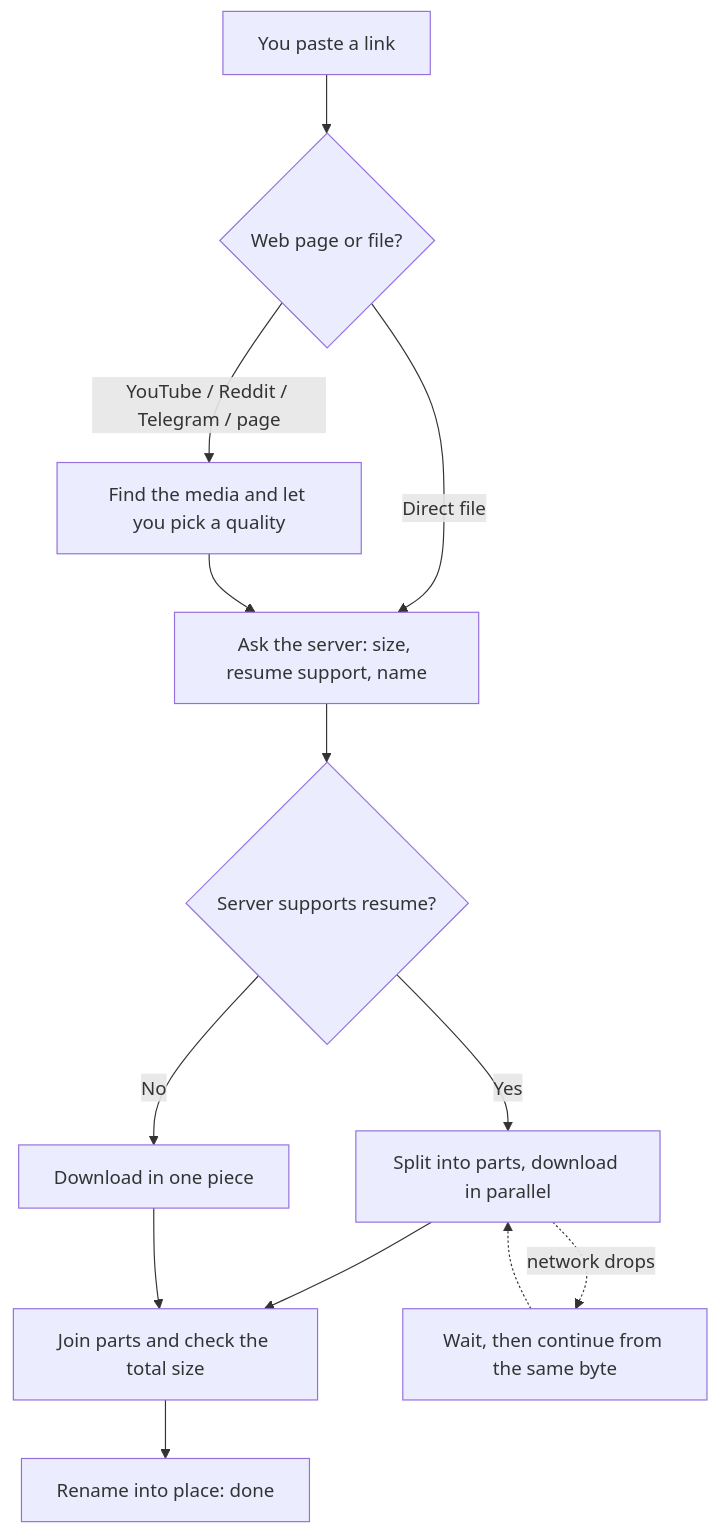
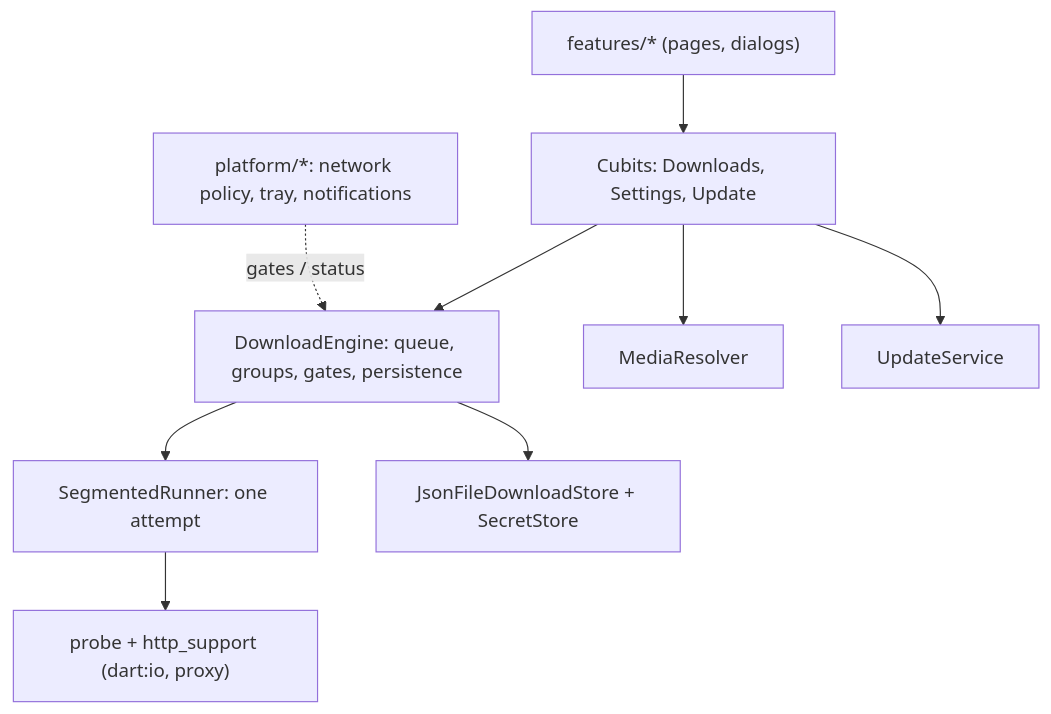
Before and after one commit to ghaderi0x/ZapDL: the diagram in README.md, drawn with Mermaid. The commit also changed other lines of this file, not shown here.

````diff
--- a/README.md
+++ b/README.md
@@ -55,15 +144,11 @@
 ```mermaid
 flowchart TD
-    A["You paste a link"] --> B{"Web page or file?"}
-    B -- "YouTube / Reddit / Telegram / page" --> C["Find the media and let you pick a quality"]
-    B -- "Direct file" --> D["Ask the server: size, resume support, name"]
-    C --> D
-    D --> E{"Server supports resume?"}
-    E -- "Yes" --> F["Split into parts, download in parallel"]
-    E -- "No" --> G["Download in one piece"]
-    F --> H["Join parts and check the total size"]
-    G --> H
-    H --> I["Rename into place: done"]
-    F -. "network drops" .-> J["Wait, then continue from the same byte"]
-    J -.-> F
+    UI["features/* (pages, dialogs)"] --> Cubits["Cubits: Downloads, Settings, Update"]
+    Cubits --> Engine["DownloadEngine: queue, groups, gates, persistence"]
+    Cubits --> Media["MediaResolver"]
+    Cubits --> Update["UpdateService"]
+    Engine --> Runner["SegmentedRunner: one attempt"]
+    Runner --> Http["probe + http_support (dart:io, proxy)"]
+    Engine --> Store["JsonFileDownloadStore + SecretStore"]
+    Platform["platform/*: network policy, tray, notifications"] -. "gates / status" .-> Engine
 ```
````
